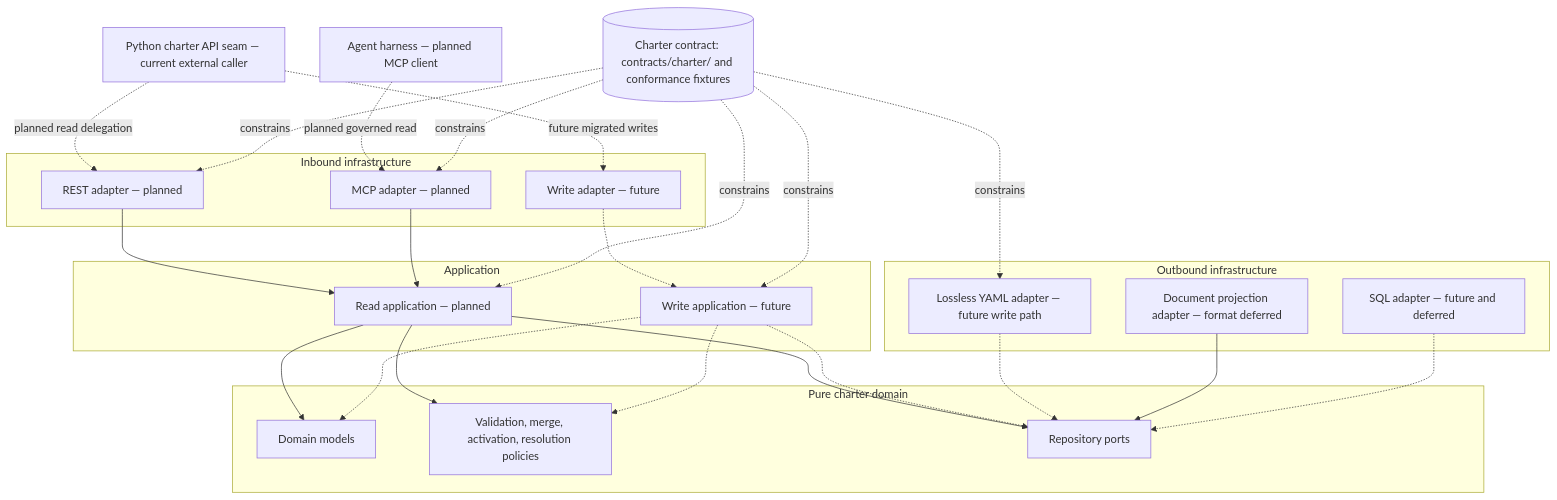
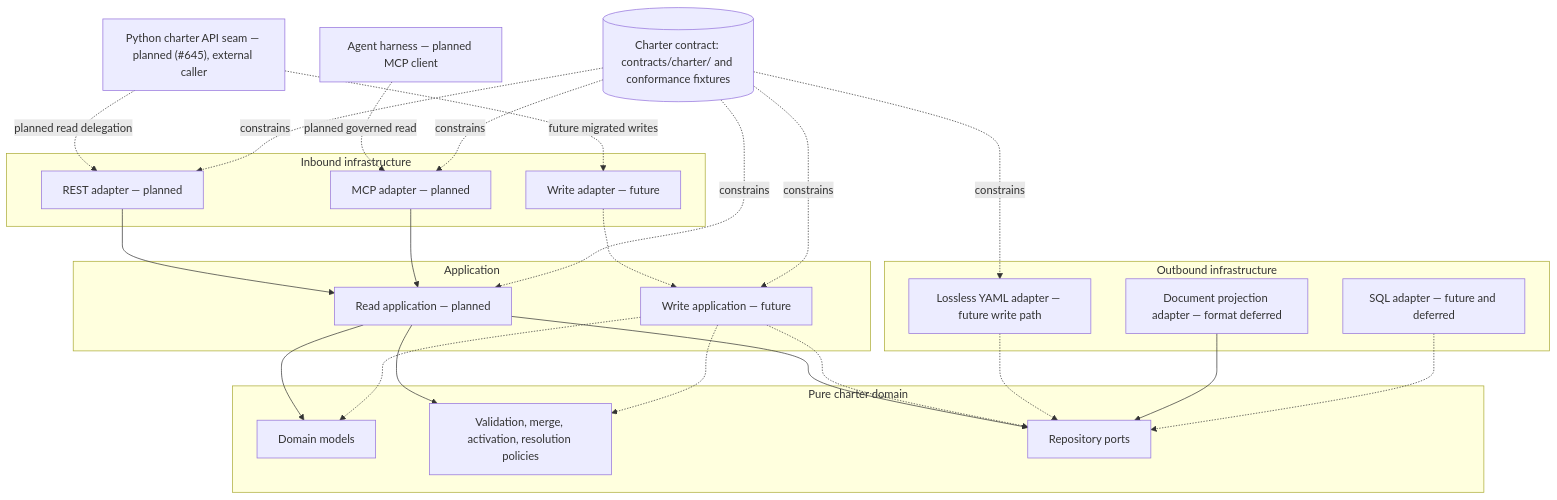
Before and after one commit to spec-kitty/spec-kitty: the second of 7 diagrams in docs/architecture/diagrams/03_components/README.md, drawn with Mermaid. The commit also changed other lines of this file and 4 other files, not shown here.

Commit message:
docs(landing): show the charter API seam as planned under #645

````diff
--- a/docs/architecture/diagrams/03_components/README.md
+++ b/docs/architecture/diagrams/03_components/README.md
@@ -119,51 +119,51 @@
 ```mermaid
 flowchart TB
-    python["Python charter API seam — current external caller"]
+    python["Python charter API seam — planned (#645), external caller"]
     agent["Agent harness — planned MCP client"]
 
     subgraph Inbound["Inbound infrastructure"]
       rest["REST adapter — planned"]
       mcp["MCP adapter — planned"]
       writeApi["Write adapter — future"]
     end
 
     subgraph Application["Application"]
       readApp["Read application — planned"]
       writeApp["Write application — future"]
     end
 
     subgraph Domain["Pure charter domain"]
       models["Domain models"]
       policies["Validation, merge, activation, resolution policies"]
       ports["Repository ports"]
     end
 
     subgraph Outbound["Outbound infrastructure"]
       yaml["Lossless YAML adapter — future write path"]
       document["Document projection adapter — format deferred"]
       sql["SQL adapter — future and deferred"]
     end
 
     schemas[("Charter contract: contracts/charter/ and conformance fixtures")]
 
     python -.->|planned read delegation| rest
     python -.->|future migrated writes| writeApi
     agent -.->|planned governed read| mcp
     rest --> readApp
     mcp --> readApp
     writeApi -.-> writeApp
     readApp --> models
     readApp --> policies
     readApp --> ports
     writeApp -.-> models
     writeApp -.-> policies
     writeApp -.-> ports
     yaml -.-> ports
     document --> ports
     sql -.-> ports
     schemas -.->|constrains| rest
     schemas -.->|constrains| mcp
     schemas -.->|constrains| readApp
     schemas -.->|constrains| writeApp
     schemas -.->|constrains| yaml
 ```
````
